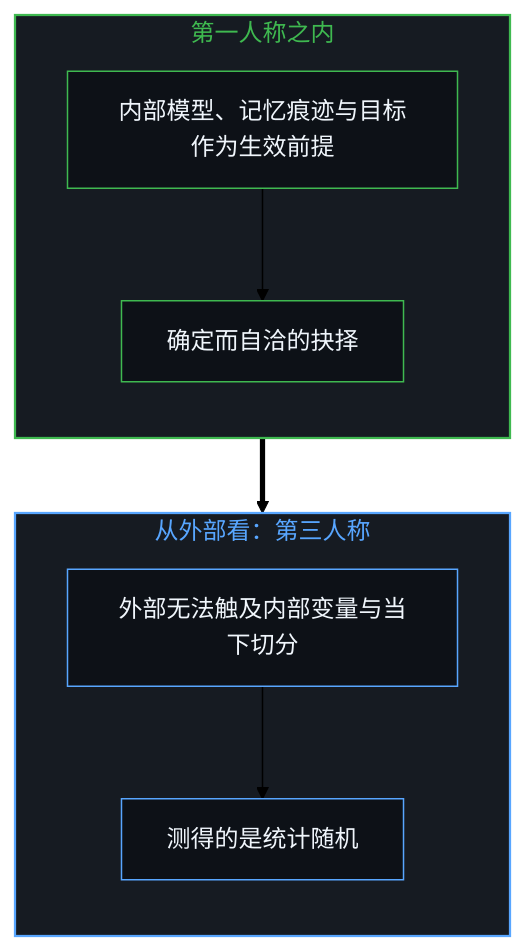
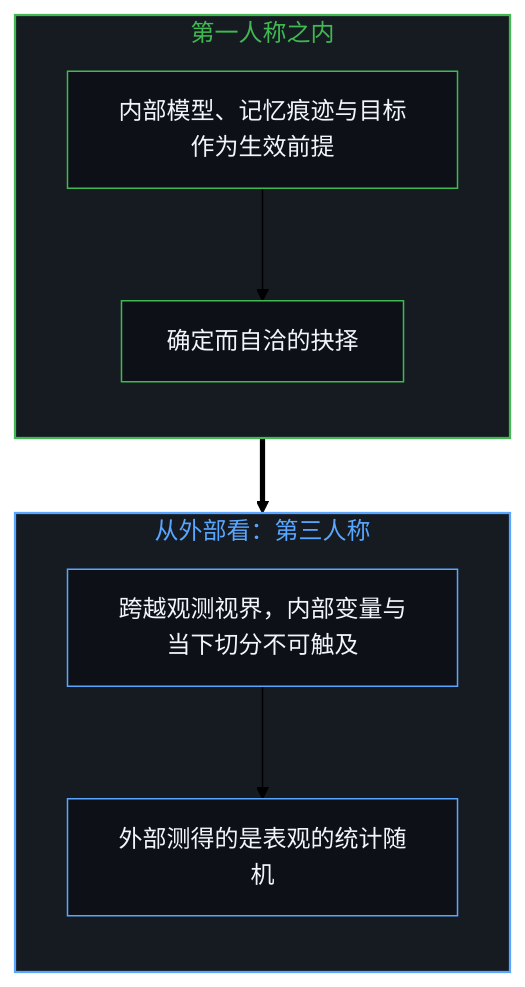
One commit to powerpig99/not-a-toe changed the first of 2 diagrams in content/posts/zi-you-de-ce-bu-zhun.md. Above: the diagram before and after it, drawn with Mermaid (forest theme). The commit also changed other lines of this file and 12 other files, not shown here.

````diff
--- a/content/posts/zi-you-de-ce-bu-zhun.md
+++ b/content/posts/zi-you-de-ce-bu-zhun.md
@@ -43,22 +43,22 @@
 ```mermaid
 flowchart TD
     subgraph S_In["第一人称之内"]
         direction TB
         I1["内部模型、记忆痕迹与目标作为生效前提"]
         I2["确定而自洽的抉择"]
     end
     subgraph S_Out["从外部看：第三人称"]
         direction TB
-        O1["外部无法触及内部变量与当下切分"]
-        O2["测得的是统计随机"]
+        O1["跨越观测视界，内部变量与当下切分不可触及"]
+        O2["外部测得的是表观的统计随机"]
     end
     I1 --> I2
     I2 ==> O1
     O1 --> O2
     style S_In fill:#161b22,stroke:#3fb950,stroke-width:1.5px,color:#3fb950
     style S_Out fill:#161b22,stroke:#58a6ff,stroke-width:1.5px,color:#58a6ff
     style I1 fill:#0d1117,stroke:#3fb950,stroke-width:1px,color:#f0f6fc
     style I2 fill:#0d1117,stroke:#3fb950,stroke-width:1px,color:#f0f6fc
     style O1 fill:#0d1117,stroke:#58a6ff,stroke-width:1px,color:#f0f6fc
     style O2 fill:#0d1117,stroke:#58a6ff,stroke-width:1px,color:#f0f6fc
 ```
````
